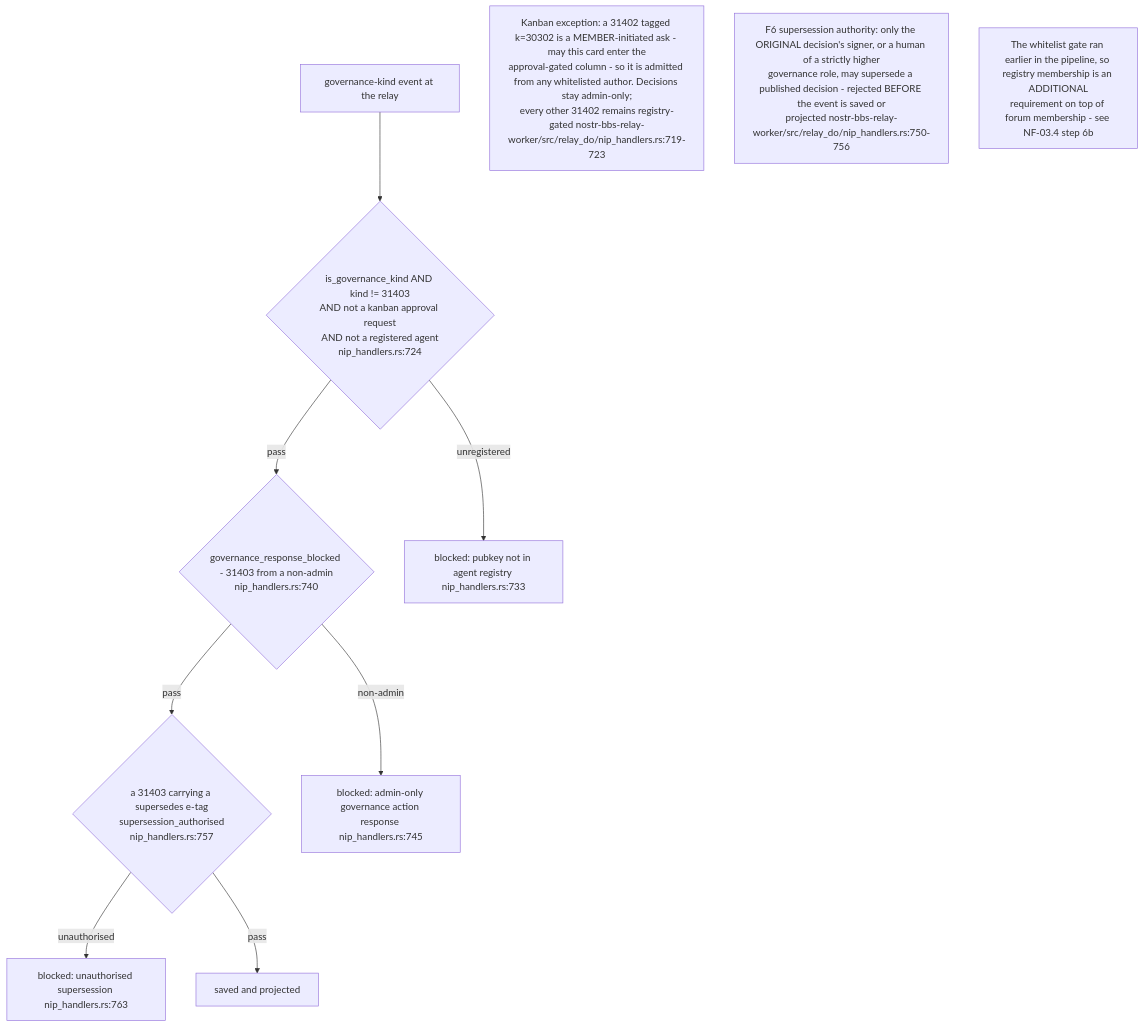
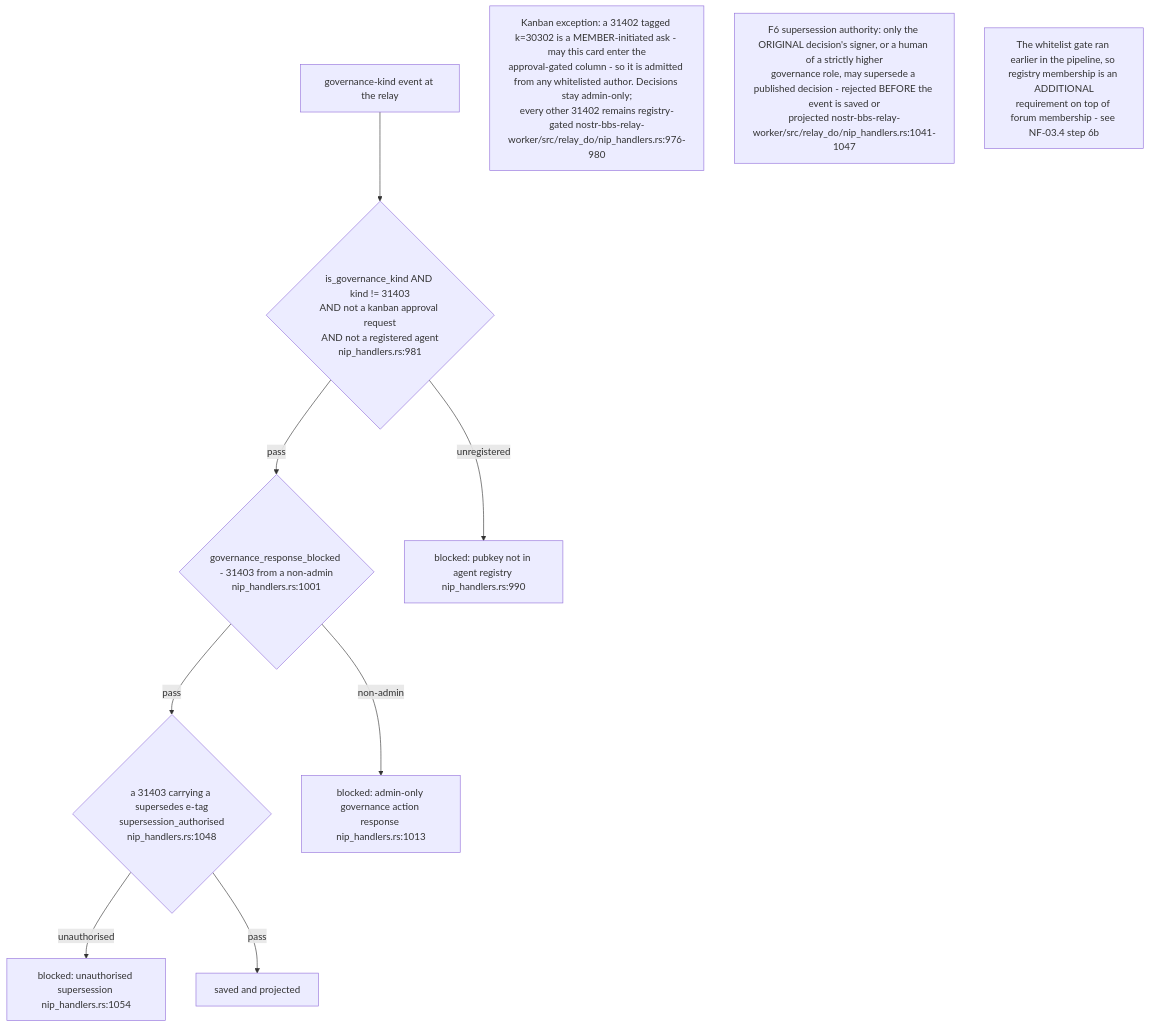
One commit to DreamLab-AI/VisionFlow changed the fourth of 15 diagrams in docs/diagrams/nostr-rust-forum/06-agent-control-surface-31400-31405.md. Above: the diagram before and after it, drawn with Mermaid. The commit also changed other lines of this file and 11 other files, not shown here.

````diff
--- a/docs/diagrams/nostr-rust-forum/06-agent-control-surface-31400-31405.md
+++ b/docs/diagrams/nostr-rust-forum/06-agent-control-surface-31400-31405.md
@@ -109,20 +107,20 @@
 ```mermaid
 flowchart TB
     EV["governance-kind event at the relay"]
-    G1{"is_governance_kind AND kind != 31403<br/>AND not a kanban approval request<br/>AND not a registered agent<br/>nip_handlers.rs:724"}
-    G2{"governance_response_blocked - 31403 from a non-admin<br/>nip_handlers.rs:740"}
-    G3{"a 31403 carrying a supersedes e-tag<br/>supersession_authorised<br/>nip_handlers.rs:757"}
+    G1{"is_governance_kind AND kind != 31403<br/>AND not a kanban approval request<br/>AND not a registered agent<br/>nip_handlers.rs:981"}
+    G2{"governance_response_blocked - 31403 from a non-admin<br/>nip_handlers.rs:1001"}
+    G3{"a 31403 carrying a supersedes e-tag<br/>supersession_authorised<br/>nip_handlers.rs:1048"}
     OK["saved and projected"]
 
     EV --> G1
-    G1 -->|"unregistered"| B1["blocked: pubkey not in agent registry nip_handlers.rs:733"]
+    G1 -->|"unregistered"| B1["blocked: pubkey not in agent registry nip_handlers.rs:990"]
     G1 -->|"pass"| G2
-    G2 -->|"non-admin"| B2["blocked: admin-only governance action response nip_handlers.rs:745"]
+    G2 -->|"non-admin"| B2["blocked: admin-only governance action response nip_handlers.rs:1013"]
     G2 -->|"pass"| G3
-    G3 -->|"unauthorised"| B3["blocked: unauthorised supersession nip_handlers.rs:763"]
+    G3 -->|"unauthorised"| B3["blocked: unauthorised supersession nip_handlers.rs:1054"]
     G3 -->|"pass"| OK
 
-    N1["Kanban exception: a 31402 tagged k=30302 is a MEMBER-initiated ask - may this card enter the<br/>approval-gated column - so it is admitted from any whitelisted author. Decisions stay admin-only;<br/>every other 31402 remains registry-gated nostr-bbs-relay-worker/src/relay_do/nip_handlers.rs:719-723"]
-    N2["F6 supersession authority: only the ORIGINAL decision's signer, or a human of a strictly higher<br/>governance role, may supersede a published decision - rejected BEFORE the event is saved or<br/>projected nostr-bbs-relay-worker/src/relay_do/nip_handlers.rs:750-756"]
+    N1["Kanban exception: a 31402 tagged k=30302 is a MEMBER-initiated ask - may this card enter the<br/>approval-gated column - so it is admitted from any whitelisted author. Decisions stay admin-only;<br/>every other 31402 remains registry-gated nostr-bbs-relay-worker/src/relay_do/nip_handlers.rs:976-980"]
+    N2["F6 supersession authority: only the ORIGINAL decision's signer, or a human of a strictly higher<br/>governance role, may supersede a published decision - rejected BEFORE the event is saved or<br/>projected nostr-bbs-relay-worker/src/relay_do/nip_handlers.rs:1041-1047"]
     N3["The whitelist gate ran earlier in the pipeline, so registry membership is an ADDITIONAL<br/>requirement on top of forum membership - see NF-03.4 step 6b"]
 ```
````
